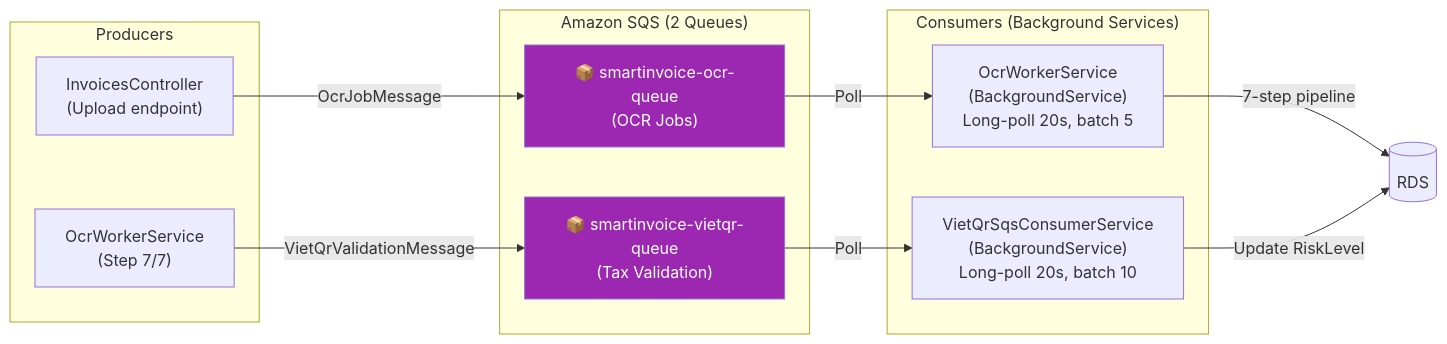
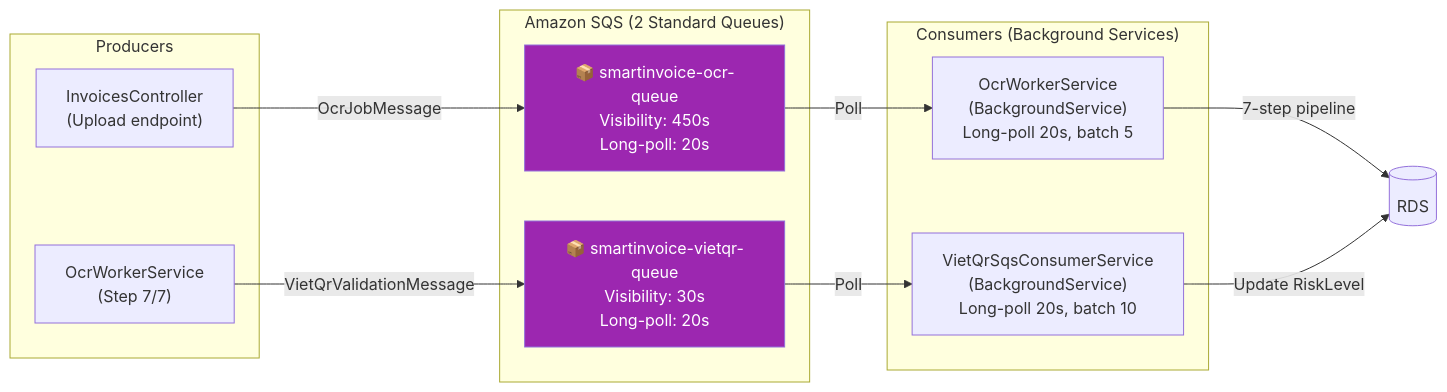
The fifth of 10 diagrams in docs/AWS_ARCHITECTURE_FINAL.md (tuankiet18-dev/SMARTINVOICE-SHIELD), drawn with Mermaid before and after one commit. The commit also changed other lines of this file and 8 other files, not shown here.

Commit message:
docs: add AWS architecture, deployment guide, and SRS documentation while updating gitignore

````diff
--- a/docs/AWS_ARCHITECTURE_FINAL.md
+++ b/docs/AWS_ARCHITECTURE_FINAL.md
@@ -259,28 +343,28 @@
 ```mermaid
 graph LR
-    subgraph SQS_QUEUES["Amazon SQS (2 Queues)"]
-        Q1["📦 smartinvoice-ocr-queue<br/>(OCR Jobs)"]
-        Q2["📦 smartinvoice-vietqr-queue<br/>(Tax Validation)"]
-    end
-
     subgraph PRODUCERS["Producers"]
         API1["InvoicesController<br/>(Upload endpoint)"]
         OCR_W["OcrWorkerService<br/>(Step 7/7)"]
+    end
+
+    subgraph SQS_QUEUES["Amazon SQS (2 Standard Queues)"]
+        Q1["📦 smartinvoice-ocr-queue<br/>Visibility: 450s<br/>Long-poll: 20s"]
+        Q2["📦 smartinvoice-vietqr-queue<br/>Visibility: 30s<br/>Long-poll: 20s"]
     end
 
     subgraph CONSUMERS["Consumers (Background Services)"]
         C1["OcrWorkerService<br/>(BackgroundService)<br/>Long-poll 20s, batch 5"]
         C2["VietQrSqsConsumerService<br/>(BackgroundService)<br/>Long-poll 20s, batch 10"]
     end
 
     API1 -->|OcrJobMessage| Q1
     OCR_W -->|VietQrValidationMessage| Q2
     Q1 -->|Poll| C1
     Q2 -->|Poll| C2
 
     C1 -->|"7-step pipeline"| DB[(RDS)]
     C2 -->|"Update RiskLevel"| DB
 
     style Q1 fill:#9c27b0,color:white
     style Q2 fill:#9c27b0,color:white
 ```
````
